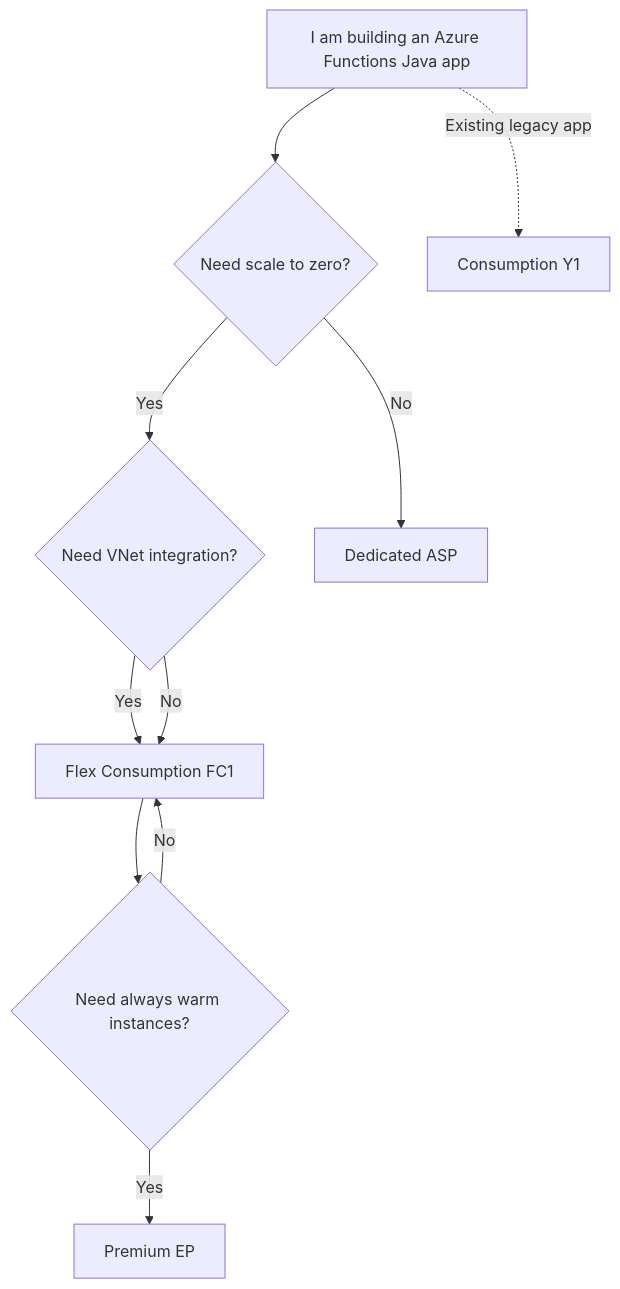
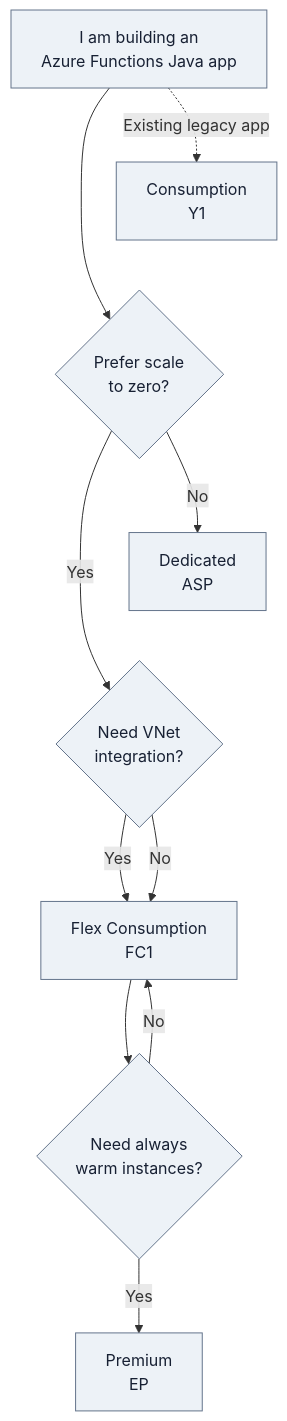
The diagram in docs/language-guides/java/tutorial/index.md (yeongseon/azure-functions-practical-guide), drawn with Mermaid before and after one commit. The commit also changed other lines of this file and 1 other file, not shown here.

Commit message:
docs(diagrams): improve Java hosting-plan selector readability (#500)
* docs(diagrams): improve Java hosting-plan selector readability

Preserve every labelled branch while clarifying the scale-to-zero preference.

Refs #324

* docs(diagrams): improve Java hosting-plan selector readability

Preserve every labelled branch while clarifying the scale-to-zero preference.

Refs #324

````diff
--- a/docs/language-guides/java/tutorial/index.md
+++ b/docs/language-guides/java/tutorial/index.md
@@ -25,17 +26,25 @@
 ```mermaid
 flowchart TD
-    Start[I am building an Azure Functions Java app] --> Q1{Need scale to zero?}
-    Q1 -->|Yes| Q2{Need VNet integration?}
-    Q1 -->|No| DEDI[Dedicated ASP]
-    Q2 -->|Yes| FLEX[Flex Consumption FC1]
+    accTitle: Choose a Java tutorial hosting plan
+    accDescr: Illustrative tutorial-track recommendations, not exclusive plan capabilities or a strict scale-to-zero constraint. Start with the scale-to-zero preference and VNet question, retaining both VNet answers leading to Flex, the Flex and warm-instance question loop, and the separate existing-legacy-app path. Read the trade-offs below before choosing a plan.
+    Start["I am building an<br/>Azure Functions Java app"] --> Q1{"Prefer scale<br/>to zero?"}
+    Q1 -->|Yes| Q2{"Need VNet<br/>integration?"}
+    Q1 -->|No| DEDI["Dedicated<br/>ASP"]
+    Q2 -->|Yes| FLEX["Flex Consumption<br/>FC1"]
     Q2 -->|No| FLEX
-    Start -.->|Existing legacy app| CONS[Consumption Y1]
-    FLEX --> Q3{Need always warm instances?}
-    Q3 -->|Yes| PREM[Premium EP]
+    Start -.->|Existing legacy app| CONS["Consumption<br/>Y1"]
+    FLEX --> Q3{"Need always<br/>warm instances?"}
+    Q3 -->|Yes| PREM["Premium<br/>EP"]
     Q3 -->|No| FLEX
+
+    %% Layout-only links tier alternatives; they add no decisions or semantic arrows.
+    CONS ~~~ Q1
+    DEDI ~~~ Q2
+    classDef neutral fill:#edf2f7,stroke:#64748b,color:#172033
+    class Start,Q1,Q2,Q3,DEDI,FLEX,CONS,PREM neutral
 
     click CONS "consumption/01-local-run/"
     click FLEX "flex-consumption/01-local-run/"
     click PREM "premium/01-local-run/"
     click DEDI "dedicated/01-local-run/"
 ```
````
